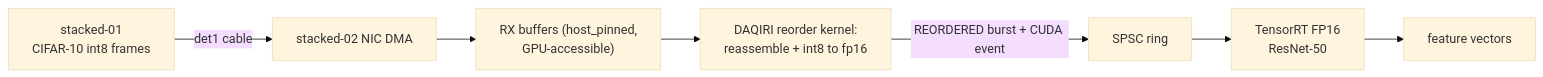
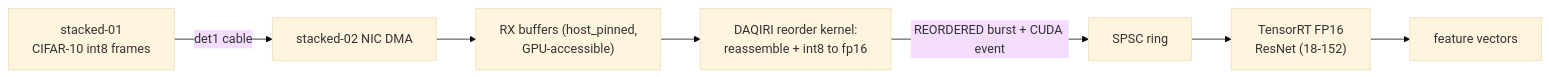
One commit to NVIDIA/daqiri changed the diagram in docs/benchmarks/performance-dgx-spark.md. Above: the diagram before and after it, drawn with Mermaid (base theme). The commit also changed other lines of this file and 3 other files, not shown here.

Commit message:
#251 - publish five-model ResNet inference results for DGX Spark

````diff
--- a/docs/benchmarks/performance-dgx-spark.md
+++ b/docs/benchmarks/performance-dgx-spark.md
@@ -432,9 +433,9 @@
 ```mermaid
 flowchart LR
   TX["stacked-01<br/>CIFAR-10 int8 frames"] -->|"det1 cable"| N["stacked-02 NIC DMA"]
   N --> R["RX buffers (host_pinned,<br/>GPU-accessible)"]
   R --> K["DAQIRI reorder kernel:<br/>reassemble + int8 to fp16"]
   K -->|"REORDERED burst + CUDA event"| Q["SPSC ring"]
-  Q --> T["TensorRT FP16<br/>ResNet-50"]
+  Q --> T["TensorRT FP16<br/>ResNet (18-152)"]
   T --> F["feature vectors"]
 ```
````
